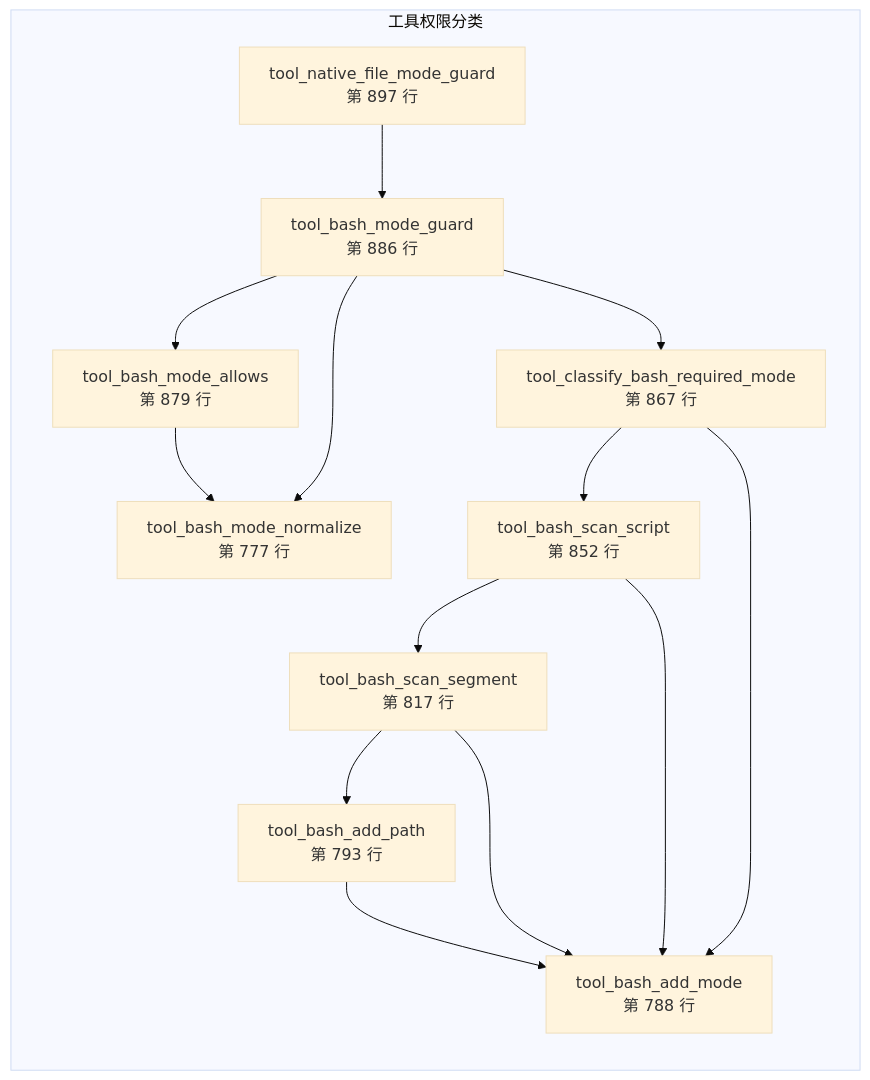
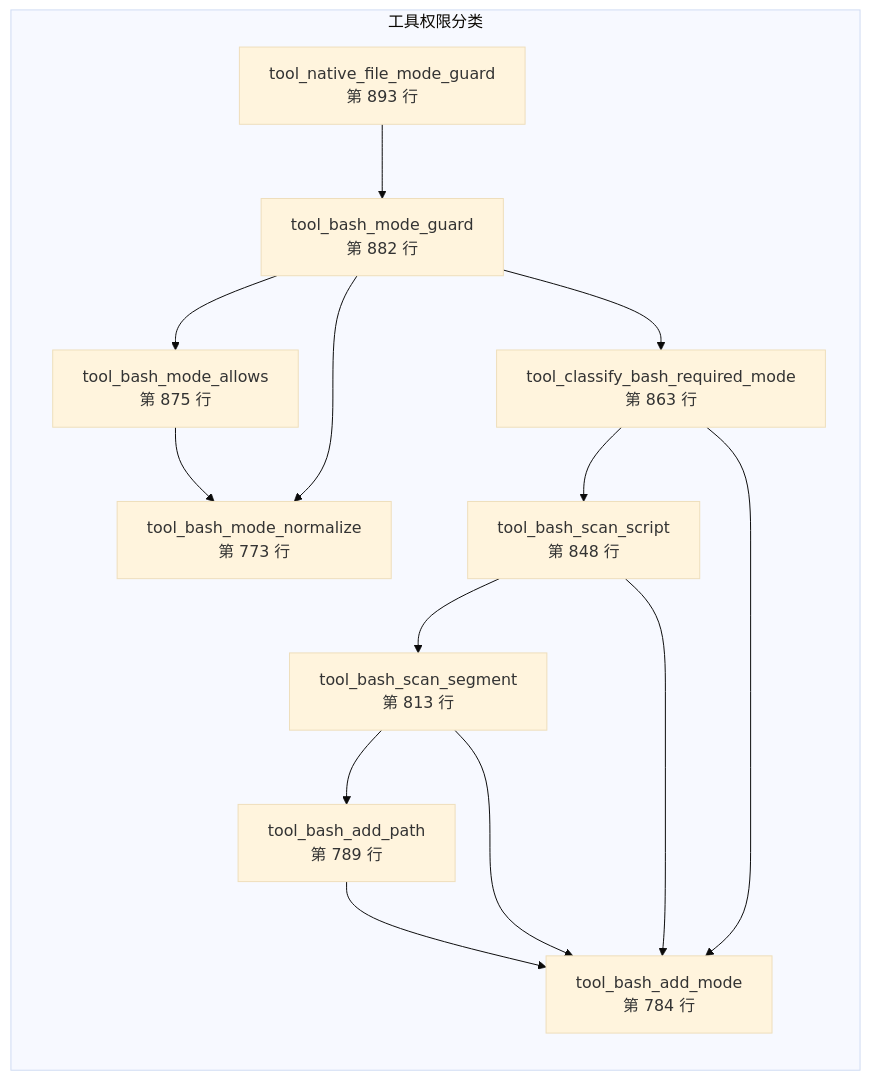
The tenth of 15 diagrams in docs/bash-data-flow.md (lloydzhou/bash-agent), drawn with Mermaid (base theme) before and after one commit. The commit also changed other lines of this file and 3 other files, not shown here.

````diff
--- a/docs/bash-data-flow.md
+++ b/docs/bash-data-flow.md
@@ -416,26 +414,26 @@
 ```mermaid
 flowchart LR
   subgraph mod_8["工具权限分类"]
-    f_tool_bash_mode_normalize["tool_bash_mode_normalize<br/>第 777 行"]
-    f_tool_bash_add_mode["tool_bash_add_mode<br/>第 788 行"]
-    f_tool_bash_add_path["tool_bash_add_path<br/>第 793 行"]
-    f_tool_bash_scan_segment["tool_bash_scan_segment<br/>第 817 行"]
-    f_tool_bash_scan_script["tool_bash_scan_script<br/>第 852 行"]
-    f_tool_classify_bash_required_mode["tool_classify_bash_required_mode<br/>第 867 行"]
-    f_tool_bash_mode_allows["tool_bash_mode_allows<br/>第 879 行"]
-    f_tool_bash_mode_guard["tool_bash_mode_guard<br/>第 886 行"]
-    f_tool_native_file_mode_guard["tool_native_file_mode_guard<br/>第 897 行"]
+    f_tool_bash_mode_normalize["tool_bash_mode_normalize<br/>第 773 行"]
+    f_tool_bash_add_mode["tool_bash_add_mode<br/>第 784 行"]
+    f_tool_bash_add_path["tool_bash_add_path<br/>第 789 行"]
+    f_tool_bash_scan_segment["tool_bash_scan_segment<br/>第 813 行"]
+    f_tool_bash_scan_script["tool_bash_scan_script<br/>第 848 行"]
+    f_tool_classify_bash_required_mode["tool_classify_bash_required_mode<br/>第 863 行"]
+    f_tool_bash_mode_allows["tool_bash_mode_allows<br/>第 875 行"]
+    f_tool_bash_mode_guard["tool_bash_mode_guard<br/>第 882 行"]
+    f_tool_native_file_mode_guard["tool_native_file_mode_guard<br/>第 893 行"]
   end
   f_tool_bash_add_path --> f_tool_bash_add_mode
   f_tool_bash_scan_segment --> f_tool_bash_add_mode
   f_tool_bash_scan_segment --> f_tool_bash_add_path
   f_tool_bash_scan_script --> f_tool_bash_add_mode
   f_tool_bash_scan_script --> f_tool_bash_scan_segment
   f_tool_classify_bash_required_mode --> f_tool_bash_scan_script
   f_tool_classify_bash_required_mode --> f_tool_bash_add_mode
   f_tool_bash_mode_allows --> f_tool_bash_mode_normalize
   f_tool_bash_mode_guard --> f_tool_bash_mode_normalize
   f_tool_bash_mode_guard --> f_tool_classify_bash_required_mode
   f_tool_bash_mode_guard --> f_tool_bash_mode_allows
   f_tool_native_file_mode_guard --> f_tool_bash_mode_guard
 ```
````
